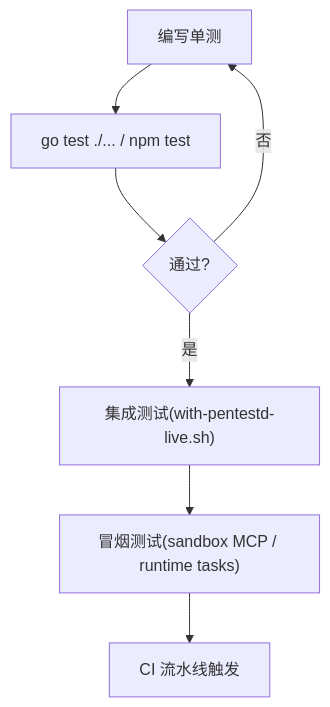
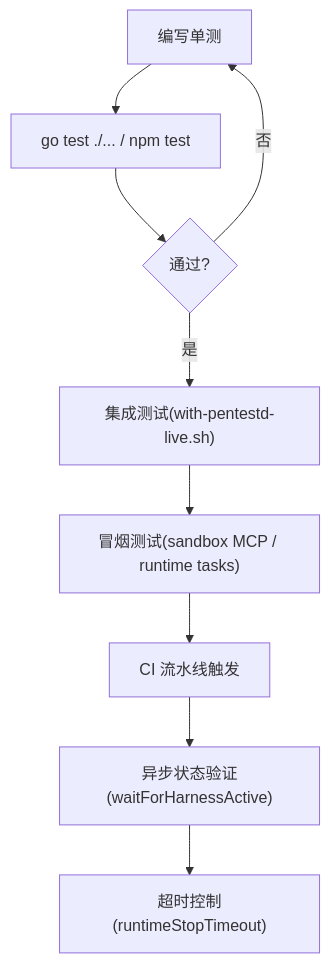
One commit to n1majne3/CyberPenda changed the ninth of 9 diagrams in .qoder/repowiki/zh/content/开发者指南.md. Above: the diagram before and after it, drawn with Mermaid. The commit also changed other lines of this file and 46 other files, not shown here.

````diff
--- a/.qoder/repowiki/zh/content/开发者指南.md
+++ b/.qoder/repowiki/zh/content/开发者指南.md
@@ -382,9 +486,11 @@
 ```mermaid
 flowchart TD
 A["编写单测"] --> B["go test ./... / npm test"]
 B --> C{"通过?"}
 C --> |否| A
 C --> |是| D["集成测试(with-pentestd-live.sh)"]
 D --> E["冒烟测试(sandbox MCP / runtime tasks)"]
 E --> F["CI 流水线触发"]
+F --> G["异步状态验证(waitForHarnessActive)"]
+G --> H["超时控制(runtimeStopTimeout)"]
 ```
````
